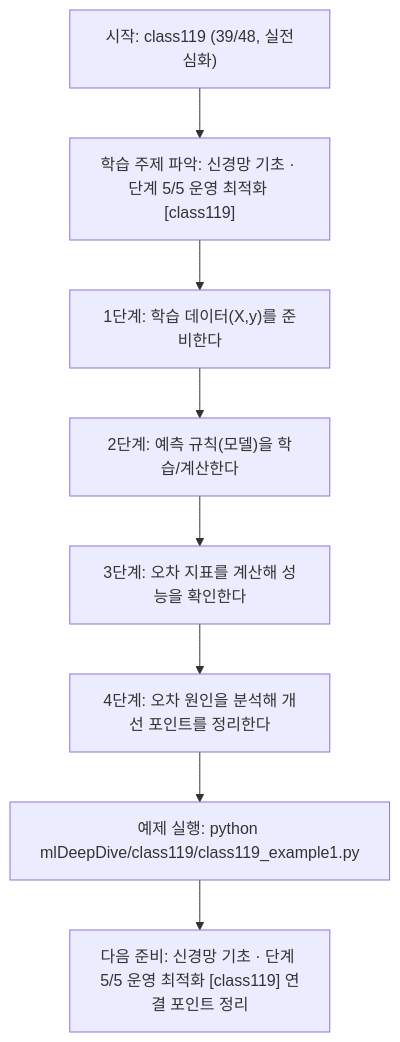
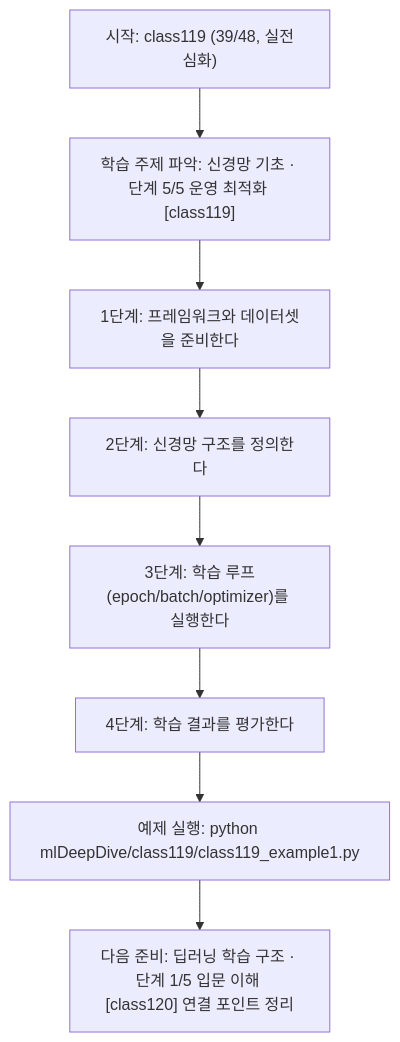
The diagram in mlDeepDive/class119/class119.md (edumgt/Python-AI_Agent-Class), drawn with Mermaid before and after one commit. The commit also changed other lines of this file and 338 other files, not shown here.

````diff
--- a/mlDeepDive/class119/class119.md
+++ b/mlDeepDive/class119/class119.md
@@ -109,18 +91,18 @@
 ```mermaid
 flowchart TD
 N1["시작: class119 (39/48, 실전심화)"]
 N2["학습 주제 파악: 신경망 기초 · 단계 5/5 운영 최적화 [class119]"]
-N3["1단계: 학습 데이터(X,y)를 준비한다"]
-N4["2단계: 예측 규칙(모델)을 학습/계산한다"]
-N5["3단계: 오차 지표를 계산해 성능을 확인한다"]
-N6["4단계: 오차 원인을 분석해 개선 포인트를 정리한다"]
+N3["1단계: 프레임워크와 데이터셋을 준비한다"]
+N4["2단계: 신경망 구조를 정의한다"]
+N5["3단계: 학습 루프(epoch/batch/optimizer)를 실행한다"]
+N6["4단계: 학습 결과를 평가한다"]
 N7["예제 실행: python mlDeepDive/class119/class119_example1.py"]
-N8["다음 준비: 신경망 기초 · 단계 5/5 운영 최적화 [class119] 연결 포인트 정리"]
+N8["다음 준비: 딥러닝 학습 구조 · 단계 1/5 입문 이해 [class120] 연결 포인트 정리"]
 N1 --> N2
 N2 --> N3
 N3 --> N4
 N4 --> N5
 N5 --> N6
 N6 --> N7
 N7 --> N8
 ```
````
